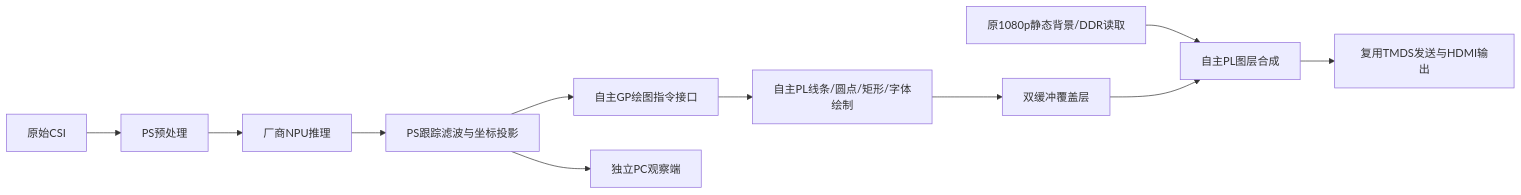
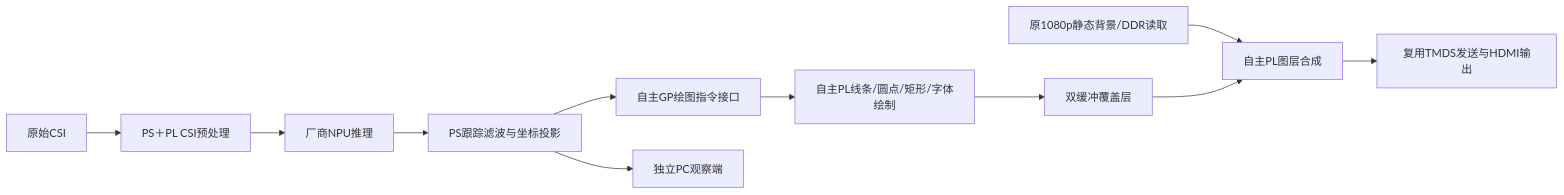
One commit to cenyongdong/See-You-In-WiFi changed the diagram in FPGA/hdmi_candidate/skeleton_overlay/README.md. Above: the diagram before and after it, drawn with Mermaid. The commit also changed other lines of this file and 226 other files, not shown here.

````diff
--- a/FPGA/hdmi_candidate/skeleton_overlay/README.md
+++ b/FPGA/hdmi_candidate/skeleton_overlay/README.md
@@ -69,13 +73,13 @@
 ```mermaid
 flowchart LR
-    A[原始CSI] --> B[PS预处理]
+    A[原始CSI] --> B[PS＋PL CSI预处理]
     B --> C[厂商NPU推理]
     C --> D[PS跟踪滤波与坐标投影]
     D --> E[自主GP绘图指令接口]
     E --> F[自主PL线条/圆点/矩形/字体绘制]
     F --> G[双缓冲覆盖层]
     H[原1080p静态背景/DDR读取] --> I[自主PL图层合成]
     G --> I
     I --> J[复用TMDS发送与HDMI输出]
     D --> K[独立PC观察端]
 ```
````
